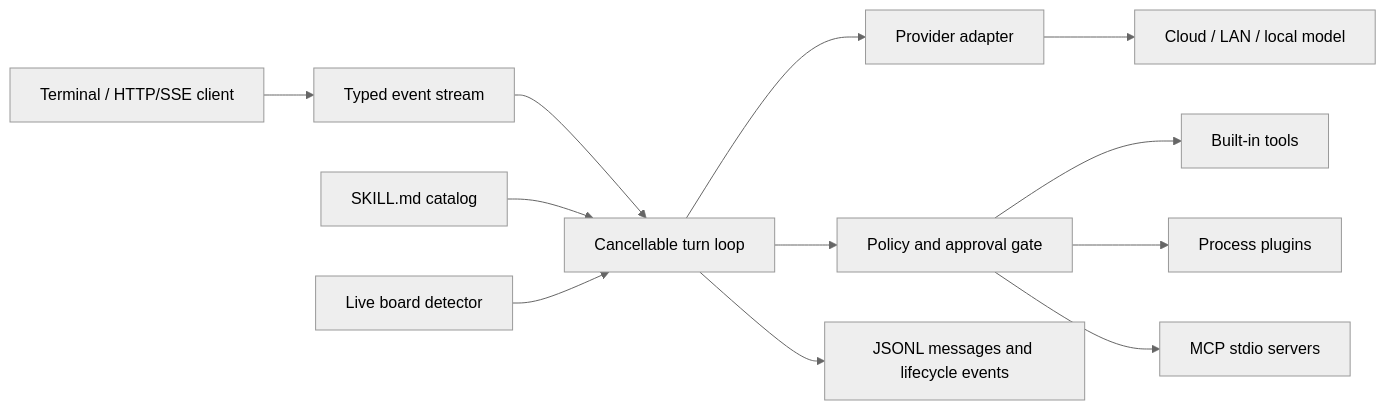
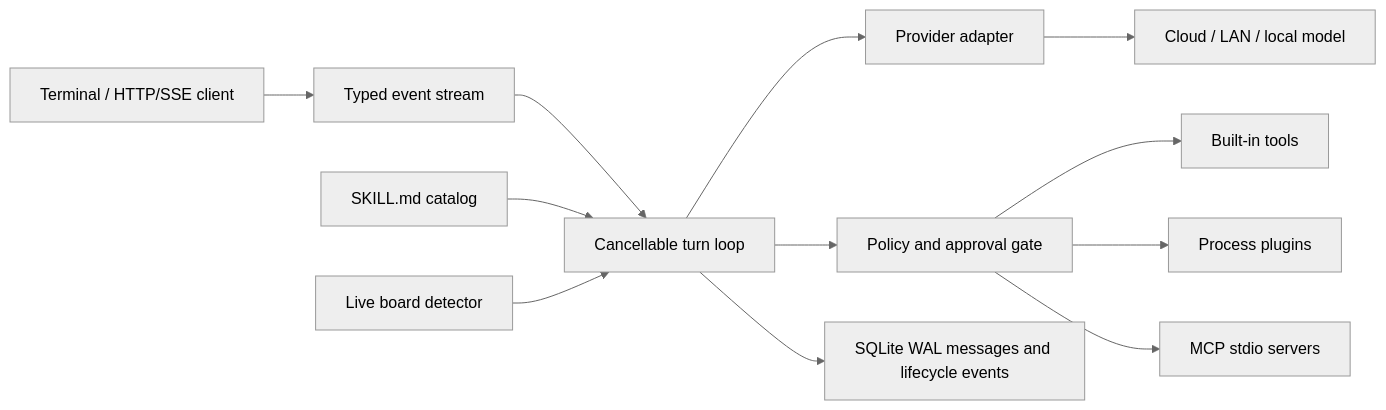
One commit to Kyrie-w8/hobot-code changed the diagram in docs/architecture.md. Above: the diagram before and after it, drawn with Mermaid (neutral theme). The commit also changed other lines of this file and 20 other files, not shown here.

````diff
--- a/docs/architecture.md
+++ b/docs/architecture.md
@@ -5,14 +5,14 @@
 ```mermaid
 flowchart LR
   U["Terminal / HTTP/SSE client"] --> E["Typed event stream"]
   E --> A["Cancellable turn loop"]
   A --> P["Provider adapter"]
   P --> M["Cloud / LAN / local model"]
   A --> G["Policy and approval gate"]
   G --> T["Built-in tools"]
   G --> X["Process plugins"]
   G --> C["MCP stdio servers"]
-  A --> S["JSONL messages and lifecycle events"]
+  A --> S["SQLite WAL messages and lifecycle events"]
   K["SKILL.md catalog"] --> A
   B["Live board detector"] --> A
 ```
````
